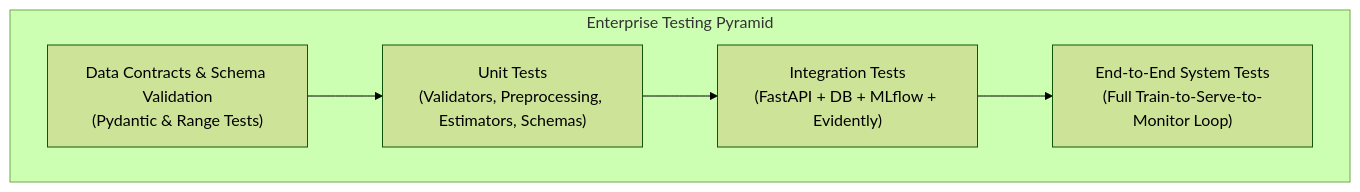
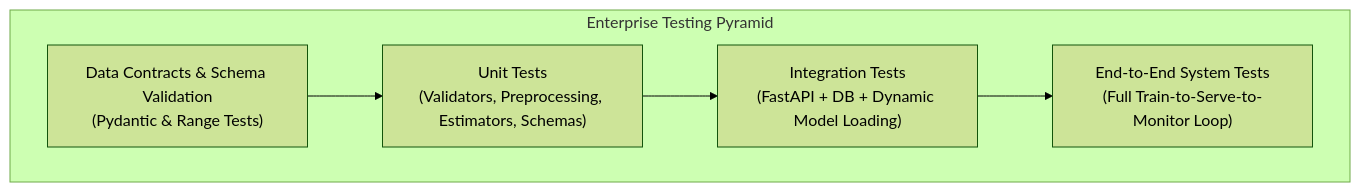
One commit to rachamalla-akshara/Enterprise-MLOps-Platform changed the first of 2 diagrams in docs/implementation_roadmap.md. Above: the diagram before and after it, drawn with Mermaid (forest theme). The commit also changed other lines of this file and 29 other files, not shown here.

````diff
--- a/docs/implementation_roadmap.md
+++ b/docs/implementation_roadmap.md
@@ -7,13 +24,13 @@
 ```mermaid
 flowchart TD
     subgraph TestingPyramid["Enterprise Testing Pyramid"]
         E2E["End-to-End System Tests\n(Full Train-to-Serve-to-Monitor Loop)"]
-        Integration["Integration Tests\n(FastAPI + DB + MLflow + Evidently)"]
+        Integration["Integration Tests\n(FastAPI + DB + Dynamic Model Loading)"]
         Unit["Unit Tests\n(Validators, Preprocessing, Estimators, Schemas)"]
         DataContracts["Data Contracts & Schema Validation\n(Pydantic & Range Tests)"]
     end
 
     DataContracts --> Unit
     Unit --> Integration
     Integration --> E2E
 ```
````
